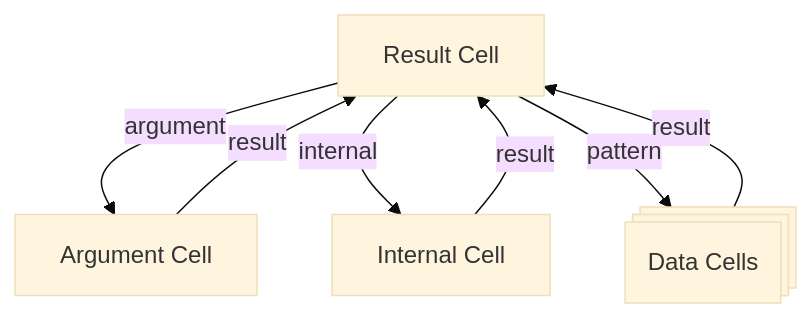
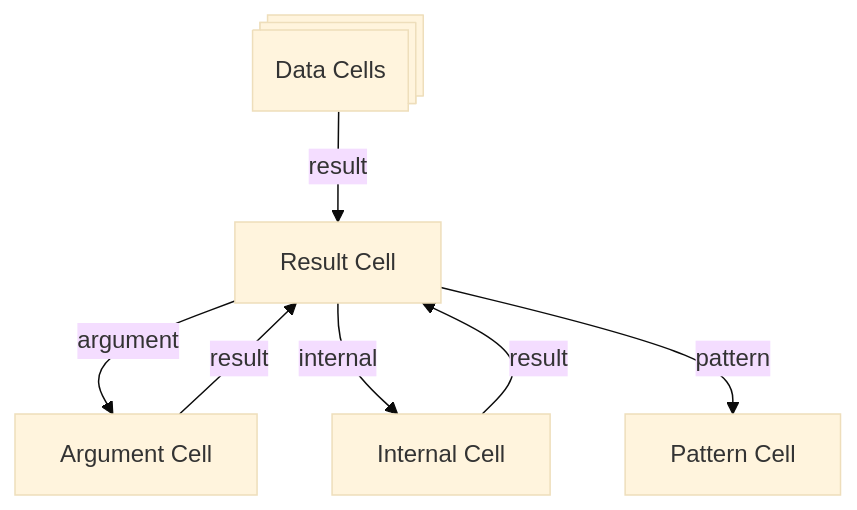
Before and after one commit to commontoolsinc/labs: the diagram in docs/common/concepts/glossary.md, drawn with Mermaid (base theme). The commit also changed other lines of this file, not shown here.

Commit message:
Corrected section describing the cells

````diff
--- a/docs/common/concepts/glossary.md
+++ b/docs/common/concepts/glossary.md
@@ -37,10 +38,10 @@
 ```mermaid
 flowchart TD
     A["Result Cell"]
     A --argument--> B["Argument Cell"]
     A --internal--> C["Internal Cell"]
     A --pattern--> D["Pattern Cell"]
     B --result--> A
     C --result--> A
-    D@{ shape: procs, label: "Data Cells"} --result--> A
+    E@{ shape: procs, label: "Data Cells"} --result--> A
 ```
````
